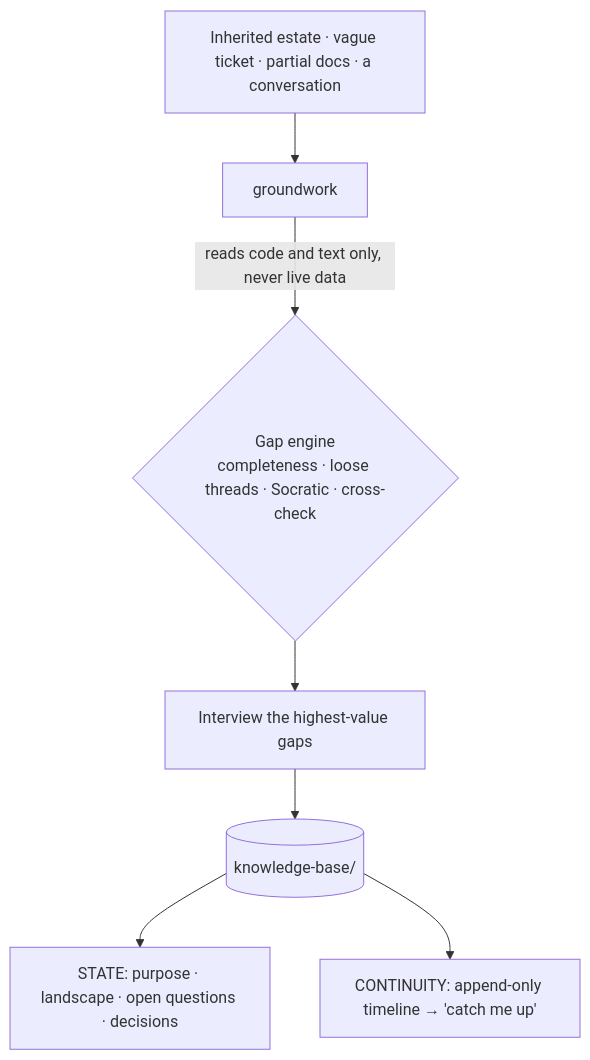
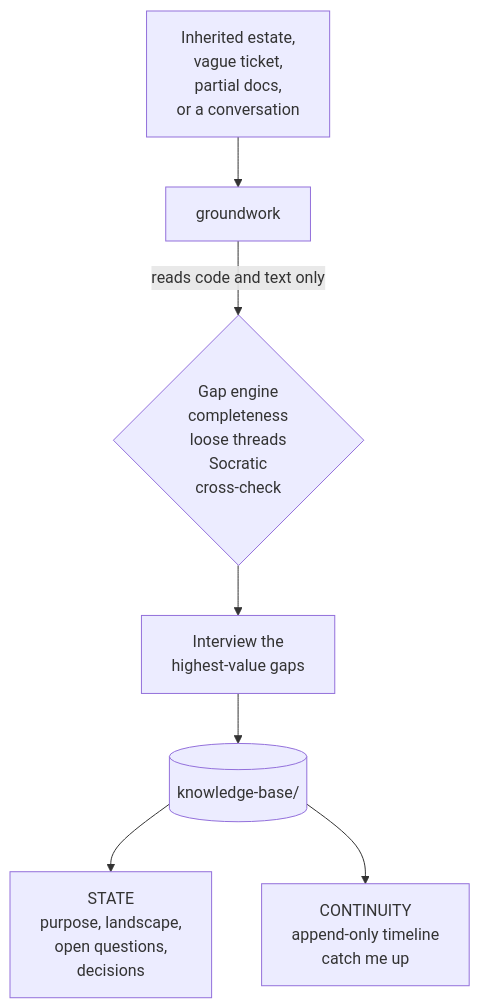
The diagram in README.md (debabsah/analytics-office), drawn with Mermaid before and after one commit.

Commit message:
docs(readme): fix mermaid label clipping on GitHub
GitHub's mermaid under-sizes nodes, so the groundwork how-it-works diagram's
long single-line labels (with middle-dot and arrow characters) overflowed and
clipped at ~27 chars. Break each label into short lines with <br/> and drop the
non-ASCII separators so every line fits.

````diff
--- a/README.md
+++ b/README.md
@@ -85,9 +85,9 @@
 ```mermaid
 flowchart TD
-    IN["Inherited estate · vague ticket · partial docs · a conversation"] --> GW["groundwork"]
-    GW -->|reads code and text only, never live data| GAP{"Gap engine<br/>completeness · loose threads · Socratic · cross-check"}
-    GAP --> Q["Interview the highest-value gaps"]
+    IN["Inherited estate,<br/>vague ticket,<br/>partial docs,<br/>or a conversation"] --> GW["groundwork"]
+    GW -->|reads code and text only| GAP{"Gap engine<br/>completeness<br/>loose threads<br/>Socratic<br/>cross-check"}
+    GAP --> Q["Interview the<br/>highest-value gaps"]
     Q --> KB[("knowledge-base/")]
-    KB --> S["STATE: purpose · landscape · open questions · decisions"]
-    KB --> T["CONTINUITY: append-only timeline → 'catch me up'"]
+    KB --> S["STATE<br/>purpose, landscape,<br/>open questions,<br/>decisions"]
+    KB --> T["CONTINUITY<br/>append-only timeline<br/>catch me up"]
 ```
````
